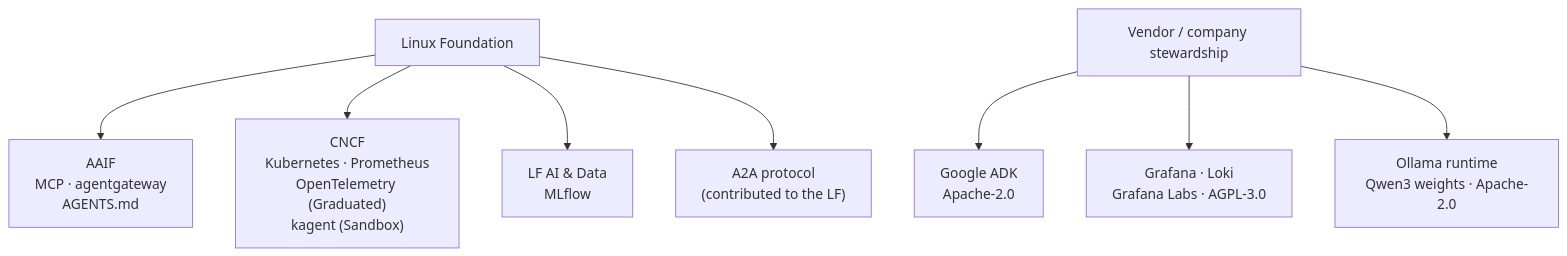
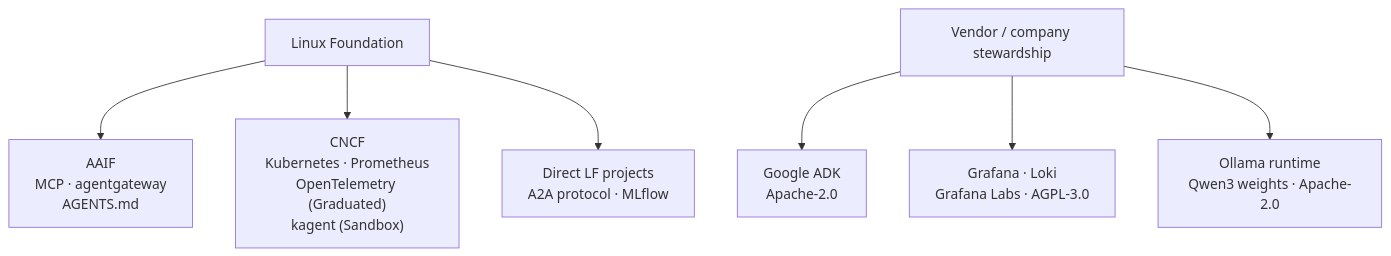
Before and after one commit to LuiGGi629/agentops-open-course: the second of 2 diagrams in docs/8. Community/8.6. AAIF.md, drawn with Mermaid. The commit also changed other lines of this file and 18 other files, not shown here.

````diff
--- a/docs/8. Community/8.6. AAIF.md
+++ b/docs/8. Community/8.6. AAIF.md
@@ -92,12 +92,11 @@
 ```mermaid
 flowchart TD
     LF["Linux Foundation"]
     LF --> AAIF["AAIF<br/>MCP · agentgateway<br/>AGENTS.md"]
     LF --> CNCF["CNCF<br/>Kubernetes · Prometheus<br/>OpenTelemetry (Graduated)<br/>kagent (Sandbox)"]
-    LF --> LFAI["LF AI & Data<br/>MLflow"]
-    LF --> A2A["A2A protocol<br/>(contributed to the LF)"]
+    LF --> Direct["Direct LF projects<br/>A2A protocol · MLflow"]
     Vendor["Vendor / company stewardship"]
     Vendor --> ADK["Google ADK<br/>Apache-2.0"]
     Vendor --> Graf["Grafana · Loki<br/>Grafana Labs · AGPL-3.0"]
     Vendor --> Run["Ollama runtime<br/>Qwen3 weights · Apache-2.0"]
 ```
````
